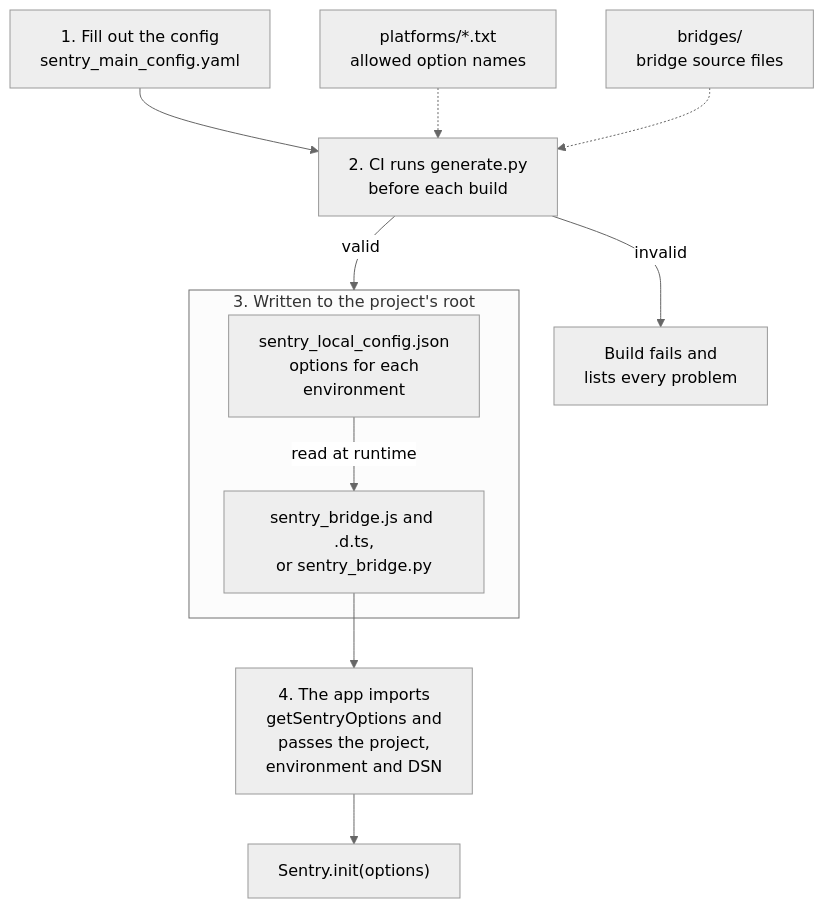
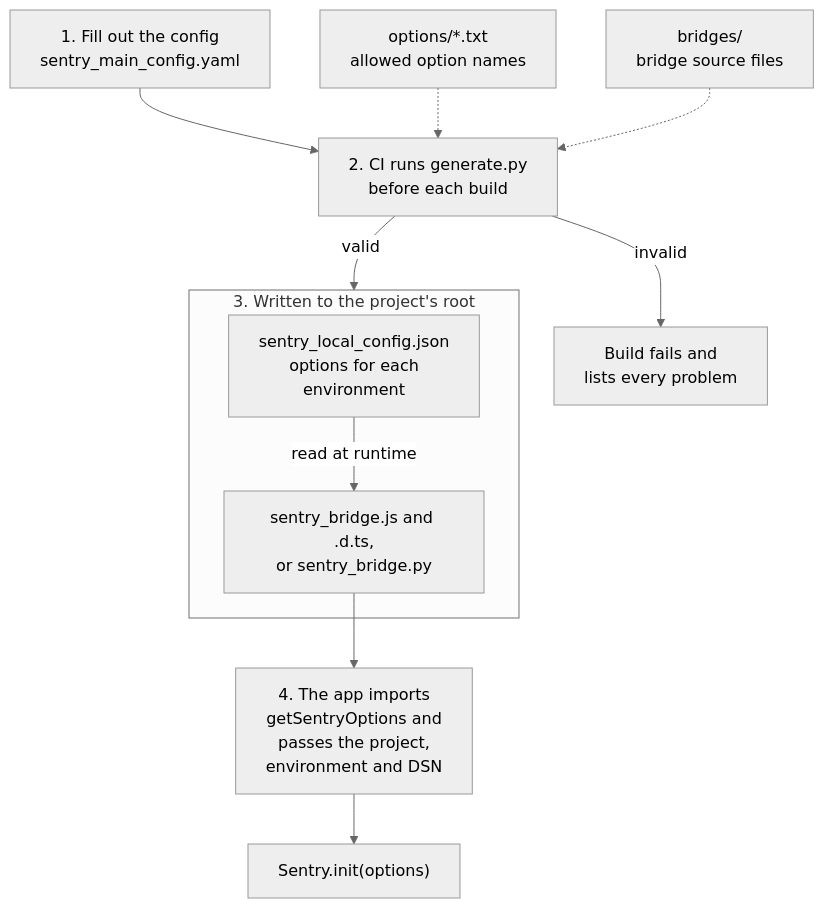
Before and after one commit to ChirayuRai/Sentry_Central_Config: the diagram in README.md, drawn with Mermaid (neutral theme). The commit also changed other lines of this file and 18 other files, not shown here.

````diff
--- a/README.md
+++ b/README.md
@@ -7,23 +7,23 @@
 ```mermaid
 flowchart TD
     config["1. Fill out the config<br/>sentry_main_config.yaml"]
-    lists["platforms/*.txt<br/>allowed option names"]
+    lists["options/*.txt<br/>allowed option names"]
     source["bridges/<br/>bridge source files"]
     generate["2. CI runs generate.py<br/>before each build"]
     fail["Build fails and<br/>lists every problem"]
     subgraph out["3. Written to the project's root"]
         json["sentry_local_config.json<br/>options for each<br/>environment"]
         bridge["sentry_bridge.js and .d.ts,<br/>or sentry_bridge.py"]
     end
     app["4. The app imports<br/>getSentryOptions and<br/>passes the project,<br/>environment and DSN"]
     sdk["Sentry.init(options)"]
 
     config --> generate
     lists -.-> generate
     source -.-> generate
     generate -->|invalid| fail
     generate -->|valid| out
     json -->|read at runtime| bridge
     bridge --> app
     app --> sdk
 ```
````
